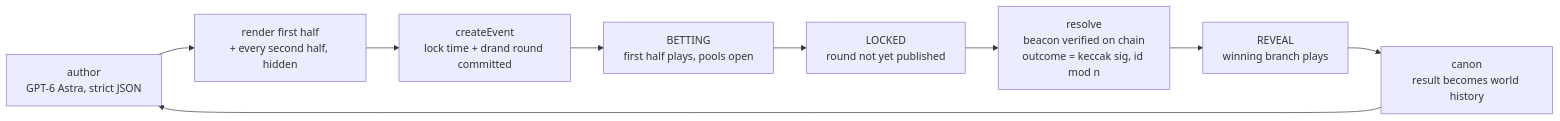
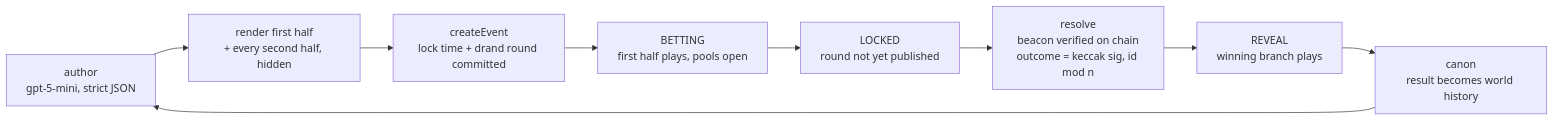
One commit to easonchai/theworldiscollapsing changed the diagram in README.md. Above: the diagram before and after it, drawn with Mermaid. The commit also changed other lines of this file and 4 other files, not shown here.

First line of the commit message:
docs: house-style prompts, synthetic bettors, gpt-5-mini authoring, MiniMax style probe

````diff
--- a/README.md
+++ b/README.md
@@ -9,11 +9,11 @@
 ```mermaid
 flowchart LR
-  A[author<br/>GPT-6 Astra, strict JSON] --> R[render first half<br/>+ every second half, hidden]
+  A[author<br/>gpt-5-mini, strict JSON] --> R[render first half<br/>+ every second half, hidden]
   R --> C[createEvent<br/>lock time + drand round committed]
   C --> B[BETTING<br/>first half plays, pools open]
   B --> L[LOCKED<br/>round not yet published]
   L --> V[resolve<br/>beacon verified on chain<br/>outcome = keccak sig, id mod n]
   V --> P[REVEAL<br/>winning branch plays]
   P --> K[canon<br/>result becomes world history]
   K --> A
 ```
````
